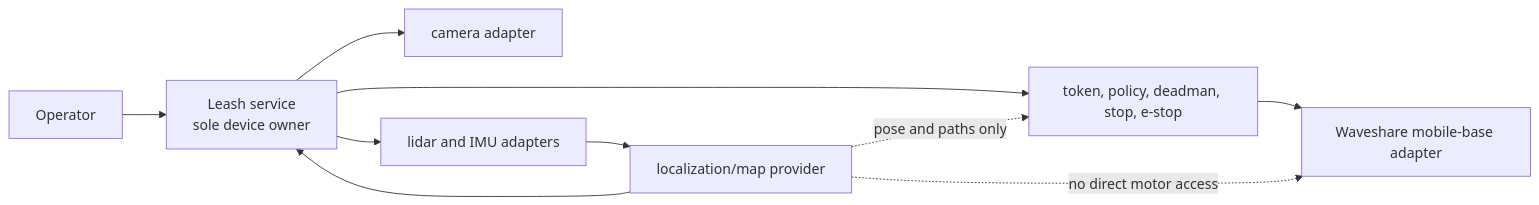
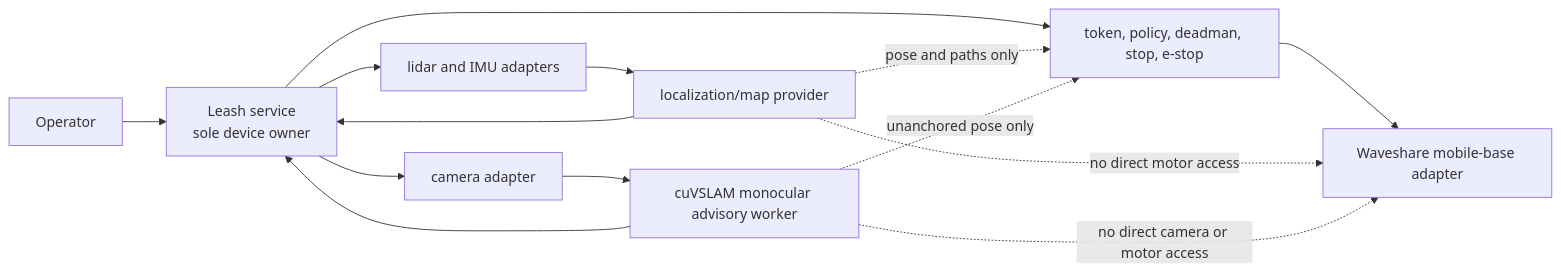
Before and after one commit to specdog/leash: the first of 3 diagrams in implementations/waveshare-ugv/README.md, drawn with Mermaid. The commit also changed other lines of this file and 16 other files, not shown here.

Commit message:
feat: add shared camera fanout and advisory cuvslam

````diff
--- a/implementations/waveshare-ugv/README.md
+++ b/implementations/waveshare-ugv/README.md
@@ -8,13 +8,17 @@
 ```mermaid
 flowchart LR
   operator["Operator"] --> leash["Leash service\nsole device owner"]
   leash --> safety["token, policy, deadman, stop, e-stop"]
   safety --> base["Waveshare mobile-base adapter"]
   leash --> camera["camera adapter"]
   leash --> sensors["lidar and IMU adapters"]
+  camera --> vision["cuVSLAM monocular advisory worker"]
+  vision --> leash
   sensors --> localization["localization/map provider"]
   localization --> leash
 
   localization -. "pose and paths only" .-> safety
   localization -. "no direct motor access" .-> base
+  vision -. "unanchored pose only" .-> safety
+  vision -. "no direct camera or motor access" .-> base
 ```
````
